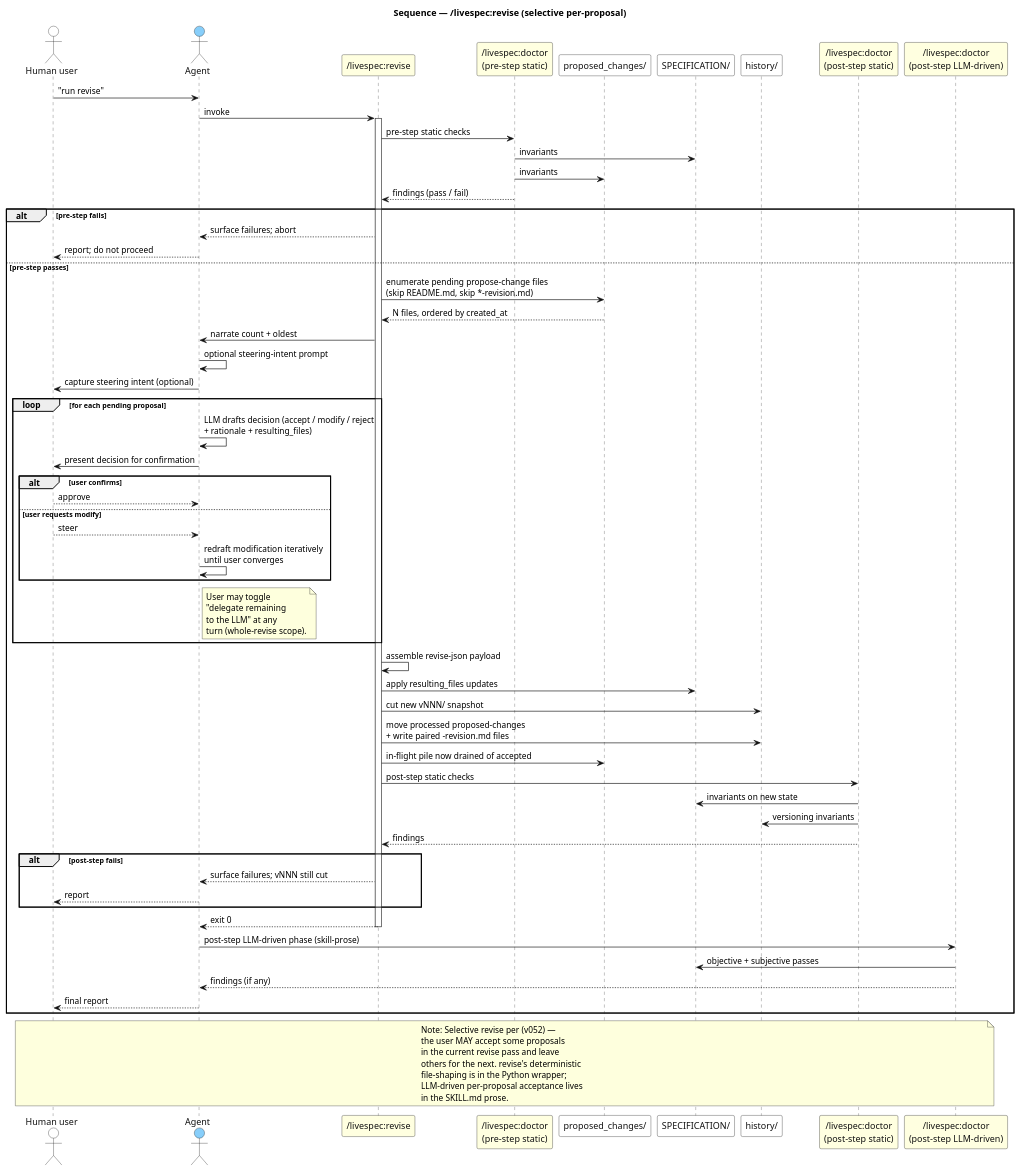
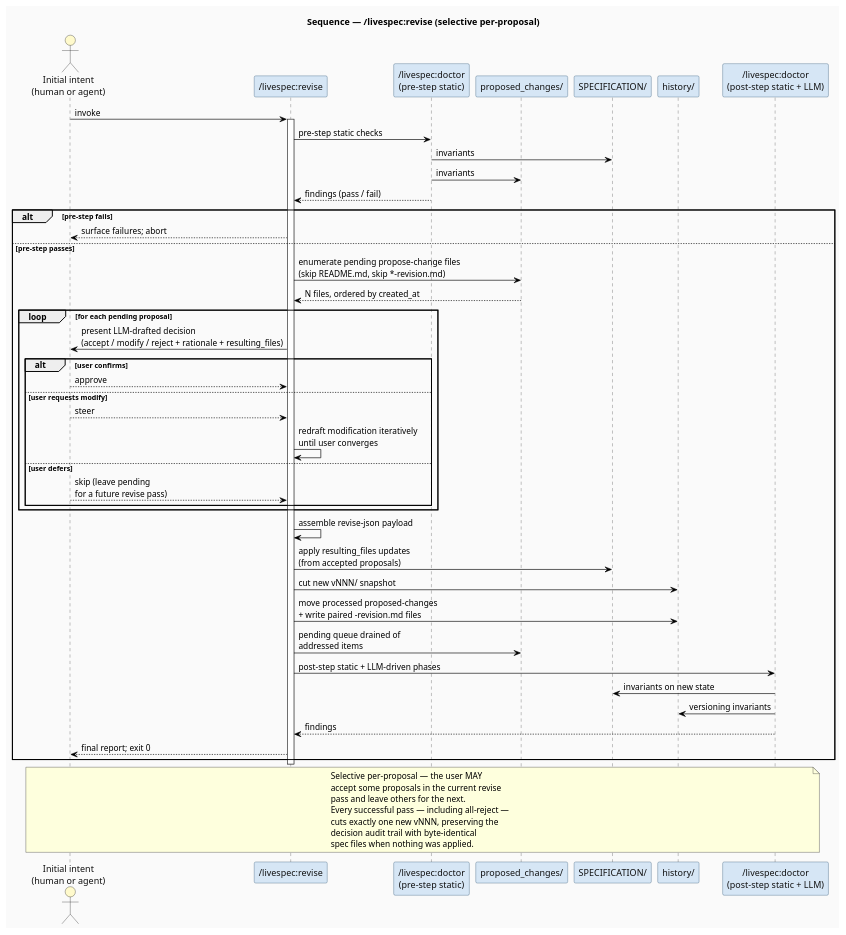
The diagram in research/workflow-processes/diagrams/seq-revise.plantuml (thewoolleyman/livespec), drawn with PlantUML before and after one commit. The commit also changed 19 other files, not shown here.

```diff
--- a/research/workflow-processes/diagrams/seq-revise.plantuml
+++ b/research/workflow-processes/diagrams/seq-revise.plantuml
@@ -1,86 +1,68 @@
 @startuml seq-revise
 title Sequence — /livespec:revise (selective per-proposal)
 skinparam defaultFontName Helvetica
 skinparam shadowing false
-skinparam BackgroundColor white
-skinparam ArrowColor #111
+skinparam BackgroundColor #fafafa
+skinparam ArrowColor #000000
 skinparam sequence {
-  ParticipantBorderColor #111
-  ParticipantBackgroundColor white
+  ParticipantBorderColor #1f4768
+  ParticipantBackgroundColor #d6e6f5
   ParticipantFontColor #111
   ActorBorderColor #111
-  ActorBackgroundColor white
+  ActorBackgroundColor #fffacc
   ActorFontColor #111
   LifeLineBorderColor #444
 }
 
-actor "Human user" as User
-actor "Agent" as Agent #LightSkyBlue
-participant "/livespec:revise" as Revise #LightYellow
-participant "/livespec:doctor\n(pre-step static)" as DoctorPre #LightYellow
+actor "Initial intent\n(human or agent)" as User
+participant "/livespec:revise" as Revise
+participant "/livespec:doctor\n(pre-step static)" as DoctorPre
 participant "proposed_changes/" as Proposed
 participant "SPECIFICATION/" as Spec
 participant "history/" as History
-participant "/livespec:doctor\n(post-step static)" as DoctorPost #LightYellow
-participant "/livespec:doctor\n(post-step LLM-driven)" as DoctorLLM #LightYellow
+participant "/livespec:doctor\n(post-step static + LLM)" as DoctorPost
 
-User -> Agent : "run revise"
-Agent -> Revise : invoke
+User -> Revise : invoke
 activate Revise
 
 Revise -> DoctorPre : pre-step static checks
 DoctorPre -> Spec : invariants
 DoctorPre -> Proposed : invariants
 DoctorPre --> Revise : findings (pass / fail)
 
 alt pre-step fails
-  Revise --> Agent : surface failures; abort
-  Agent --> User : report; do not proceed
+  Revise --> User : surface failures; abort
 else pre-step passes
   Revise -> Proposed : enumerate pending propose-change files\n(skip README.md, skip *-revision.md)
   Proposed --> Revise : N files, ordered by created_at
-  Revise -> Agent : narrate count + oldest
-
-  Agent -> Agent : optional steering-intent prompt
-  Agent -> User : capture steering intent (optional)
 
   loop for each pending proposal
-    Agent -> Agent : LLM drafts decision (accept / modify / reject\n+ rationale + resulting_files)
-    Agent -> User : present decision for confirmation
+    Revise -> User : present LLM-drafted decision\n(accept / modify / reject + rationale + resulting_files)
     alt user confirms
-      User --> Agent : approve
+      User --> Revise : approve
     else user requests modify
-      User --> Agent : steer
-      Agent -> Agent : redraft modification iteratively\nuntil user converges
+      User --> Revise : steer
+      Revise -> Revise : redraft modification iteratively\nuntil user converges
+    else user defers
+      User --> Revise : skip (leave pending\nfor a future revise pass)
     end
-    note right of Agent : User may toggle\n"delegate remaining\nto the LLM" at any\nturn (whole-revise scope).
   end
 
   Revise -> Revise : assemble revise-json payload
-  Revise -> Spec : apply resulting_files updates
+  Revise -> Spec : apply resulting_files updates\n(from accepted proposals)
   Revise -> History : cut new vNNN/ snapshot
   Revise -> History : move processed proposed-changes\n+ write paired -revision.md files
-  Revise -> Proposed : in-flight pile now drained of accepted
+  Revise -> Proposed : pending queue drained of\naddressed items
 
-  Revise -> DoctorPost : post-step static checks
+  Revise -> DoctorPost : post-step static + LLM-driven phases
   DoctorPost -> Spec : invariants on new state
   DoctorPost -> History : versioning invariants
   DoctorPost --> Revise : findings
 
-  alt post-step fails
-    Revise --> Agent : surface failures; vNNN still cut
-    Agent --> User : report
-  end
+  Revise --> User : final report; exit 0
+end
+deactivate Revise
 
-  Revise --> Agent : exit 0
-  deactivate Revise
-
-  Agent -> DoctorLLM : post-step LLM-driven phase (skill-prose)
-  DoctorLLM -> Spec : objective + subjective passes
-  DoctorLLM --> Agent : findings (if any)
-  Agent --> User : final report
-end
-
-note over User, DoctorLLM : Note: Selective revise per (v052) —\nthe user MAY accept some proposals\nin the current revise pass and leave\nothers for the next. revise's deterministic\nfile-shaping is in the Python wrapper;\nLLM-driven per-proposal acceptance lives\nin the SKILL.md prose.
+note over User, DoctorPost : Selective per-proposal — the user MAY\naccept some proposals in the current revise\npass and leave others for the next.\nEvery successful pass — including all-reject —\ncuts exactly one new vNNN, preserving the\ndecision audit trail with byte-identical\nspec files when nothing was applied.
 
 @enduml
```
